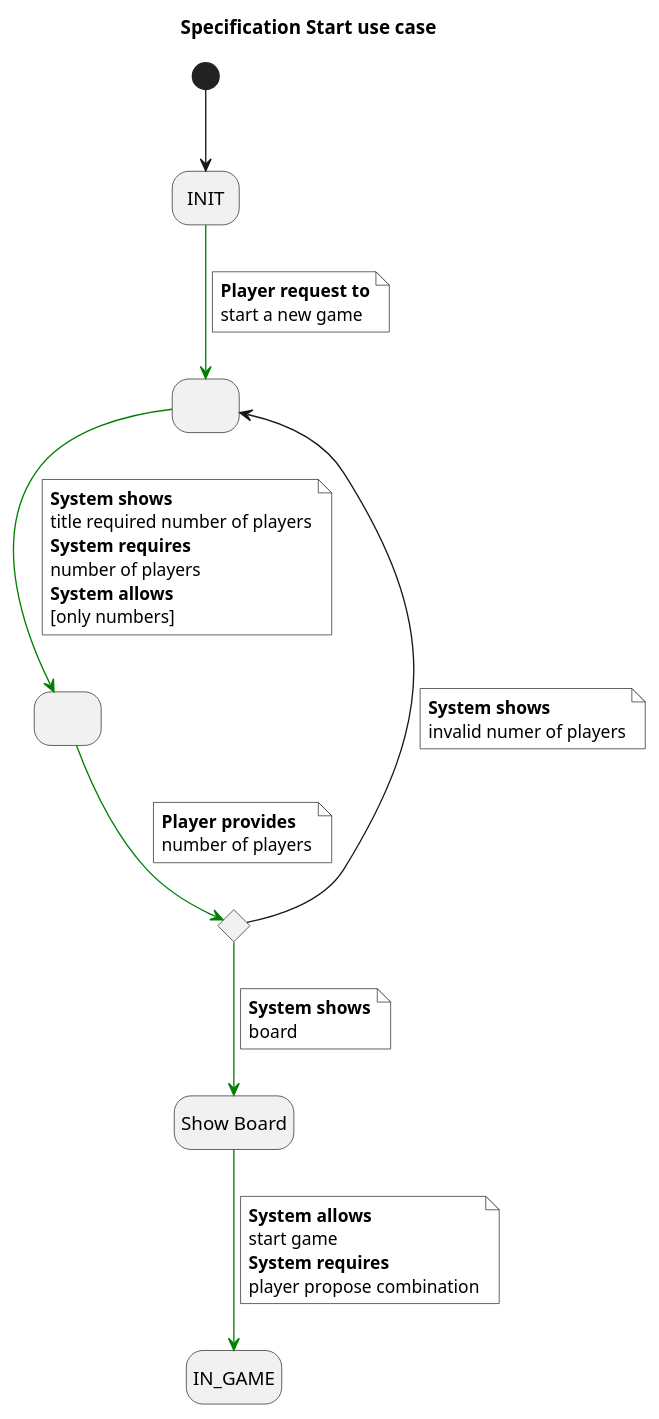
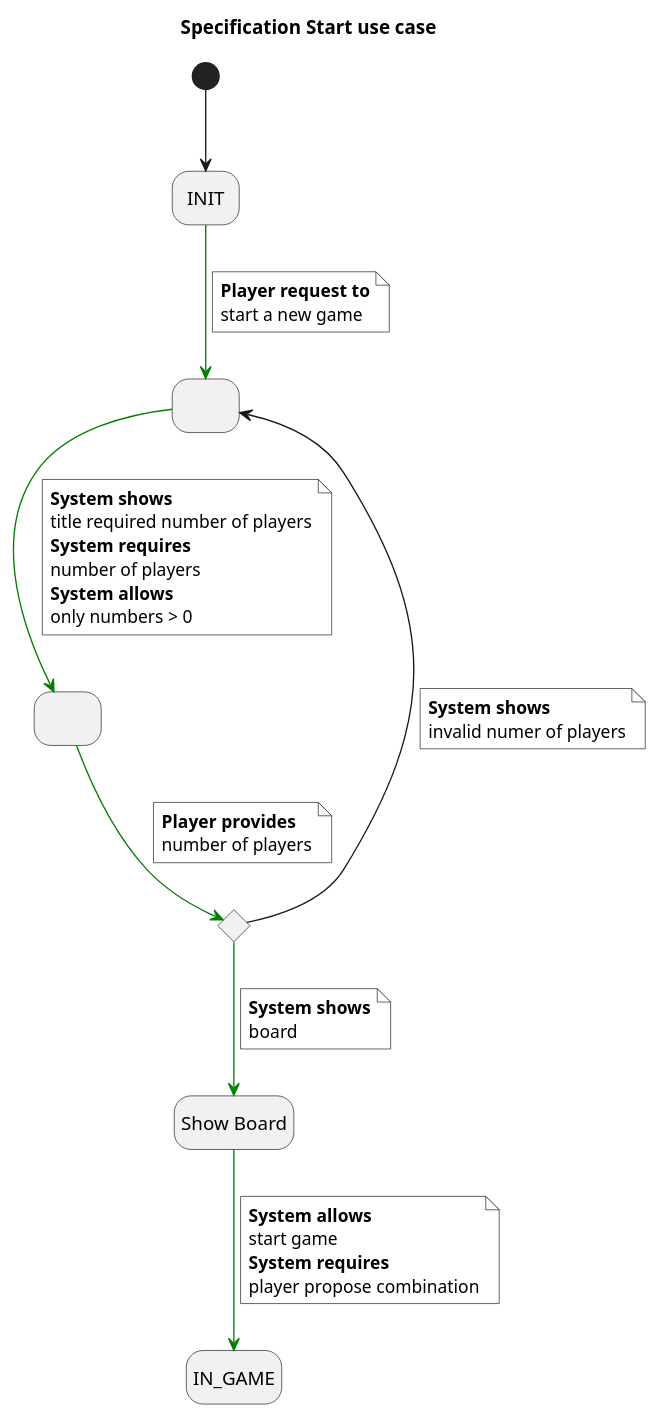
One commit to jumpering/Hanged changed the diagram in requirements/userCase/specificationStartUseCase.puml. Above: the diagram before and after it, drawn with PlantUML. The commit also changed 3 other files, not shown here.

```diff
--- a/requirements/userCase/specificationStartUseCase.puml
+++ b/requirements/userCase/specificationStartUseCase.puml
@@ -1,50 +1,50 @@
 @startuml
 
 title Specification Start use case
 skinparam NoteBackgroundColor white
 hide empty description
 state INIT as "INIT"
 state startedGame as " "
 state numberOfPlayers as " "
 state ifValidNumberOfPlayers <<choice>>
 state showBoard as "Show Board"
 
 [*] --> INIT
 INIT -[#green]-> startedGame
 note on link #white
   <b>Player request to
   start a new game
 end note
 startedGame -[#green]-> numberOfPlayers
 note on link
   <b>System shows
   title required number of players
   <b>System requires
   number of players
   <b>System allows
-  [only numbers]
+  only numbers > 0
 end note
 numberOfPlayers -[#green]-> ifValidNumberOfPlayers
 note on link
   <b>Player provides
   number of players
 end note
 ifValidNumberOfPlayers --> startedGame
 note on link
   <b>System shows
   invalid numer of players
 end note
 ifValidNumberOfPlayers -[#green]-> showBoard
 note on link
   <b>System shows
   board
 end note
 showBoard -[#green]-> IN_GAME
 note on link
   <b>System allows
   start game
   <b>System requires
   player propose combination
 end note
 
 @enduml
```
